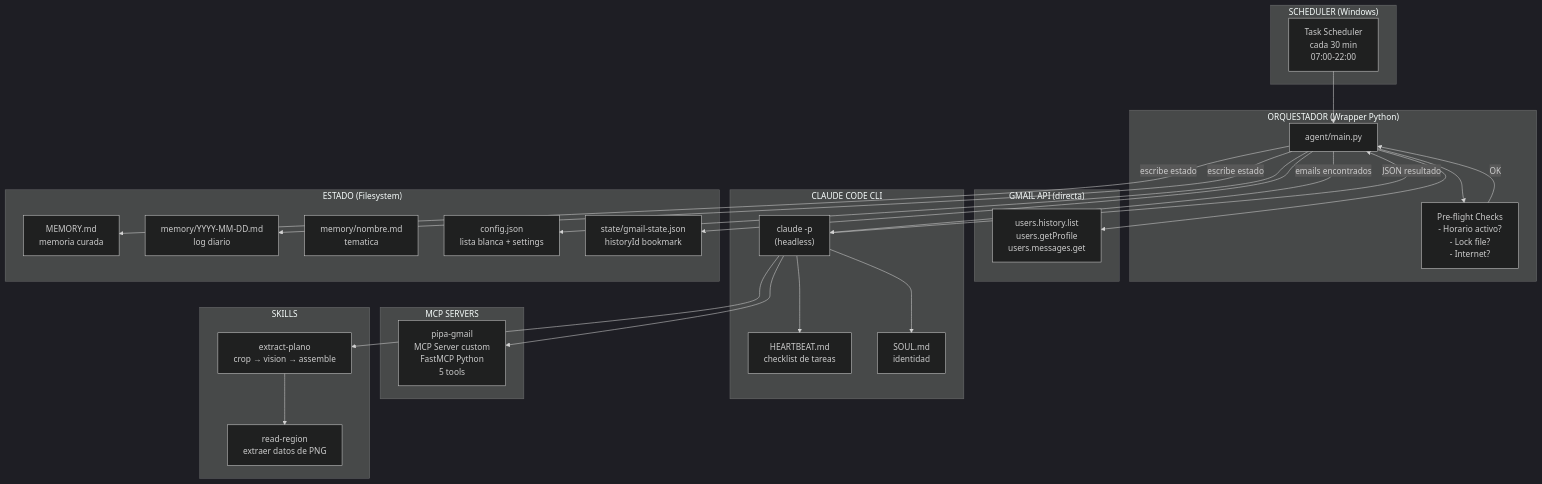
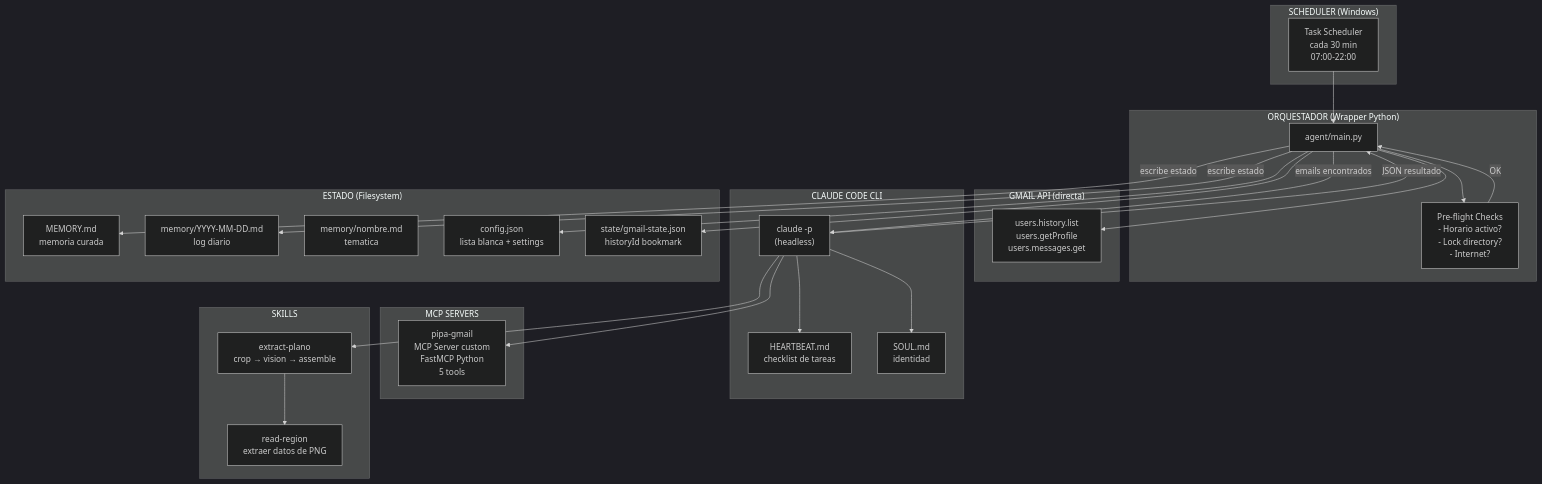
The first of 5 diagrams in docs/v1-spec.md (sescanella/PIPA), drawn with Mermaid (dark theme) before and after one commit. The commit also changed other lines of this file, not shown here.

````diff
--- a/docs/v1-spec.md
+++ b/docs/v1-spec.md
@@ -115,54 +115,54 @@
 ```mermaid
 graph TB
     subgraph "SCHEDULER (Windows)"
         TS[Task Scheduler<br/>cada 30 min<br/>07:00-22:00]
     end
 
     subgraph "ORQUESTADOR (Wrapper Python)"
         HR[agent/main.py]
-        PF[Pre-flight Checks<br/>- Horario activo?<br/>- Lock file?<br/>- Internet?]
+        PF[Pre-flight Checks<br/>- Horario activo?<br/>- Lock directory?<br/>- Internet?]
     end
 
     subgraph "GMAIL API (directa)"
         GA[users.history.list<br/>users.getProfile<br/>users.messages.get]
     end
 
     subgraph "CLAUDE CODE CLI"
         CC["claude -p<br/>(headless)"]
         HB[HEARTBEAT.md<br/>checklist de tareas]
         SM[SOUL.md<br/>identidad]
     end
 
     subgraph "MCP SERVERS"
         GM[pipa-gmail<br/>MCP Server custom<br/>FastMCP Python<br/>5 tools]
     end
 
     subgraph "SKILLS"
         EP[extract-plano<br/>crop → vision → assemble]
         RR[read-region<br/>extraer datos de PNG]
     end
 
     subgraph "ESTADO (Filesystem)"
         MEM[MEMORY.md<br/>memoria curada]
         LOG[memory/YYYY-MM-DD.md<br/>log diario]
         TEM[memory/nombre.md<br/>tematica]
         CFG[config.json<br/>lista blanca + settings]
         GST[state/gmail-state.json<br/>historyId bookmark]
     end
 
     TS --> HR
     HR --> PF
     PF -->|OK| HR
     HR --> GA
     HR --> GST
     HR -->|emails encontrados| CC
     CC --> HB
     CC --> SM
     CC --> GM
     CC --> EP
     EP --> RR
     CC -->|JSON resultado| HR
     HR -->|escribe estado| MEM
     HR -->|escribe estado| LOG
     HR --> CFG
 ```
````
